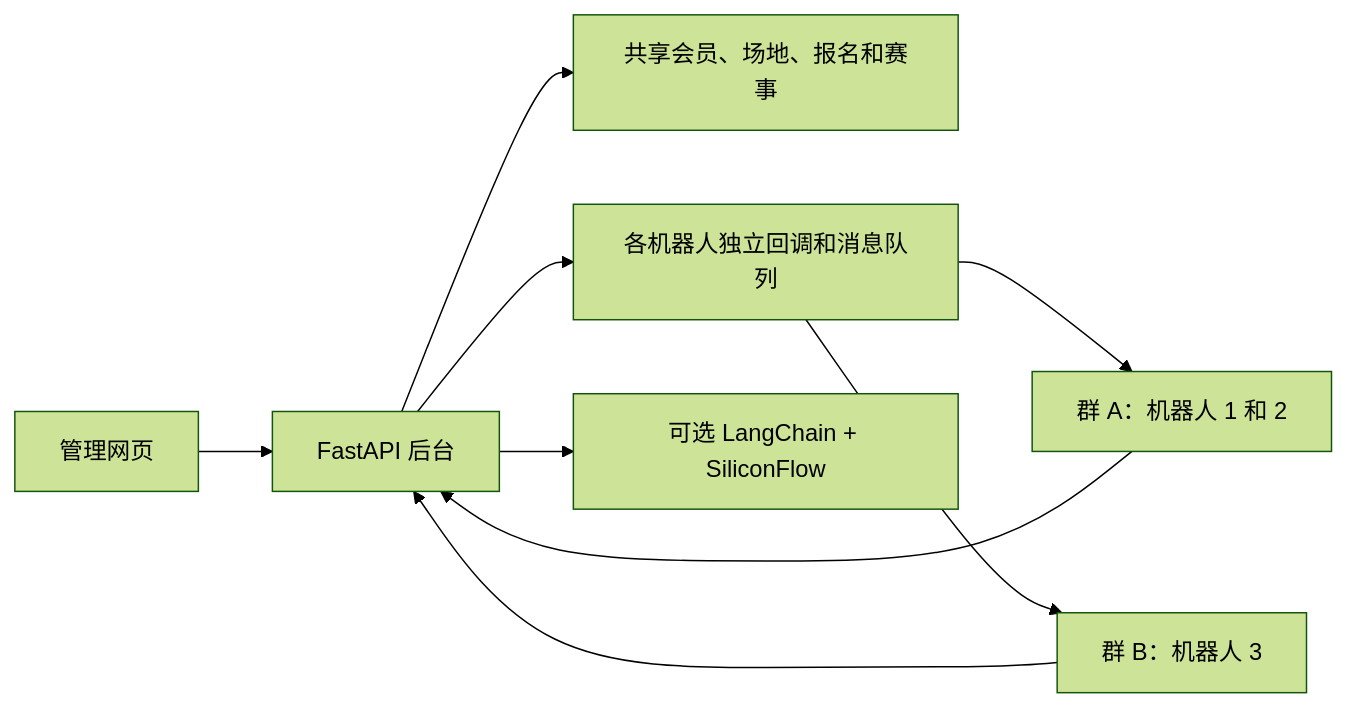
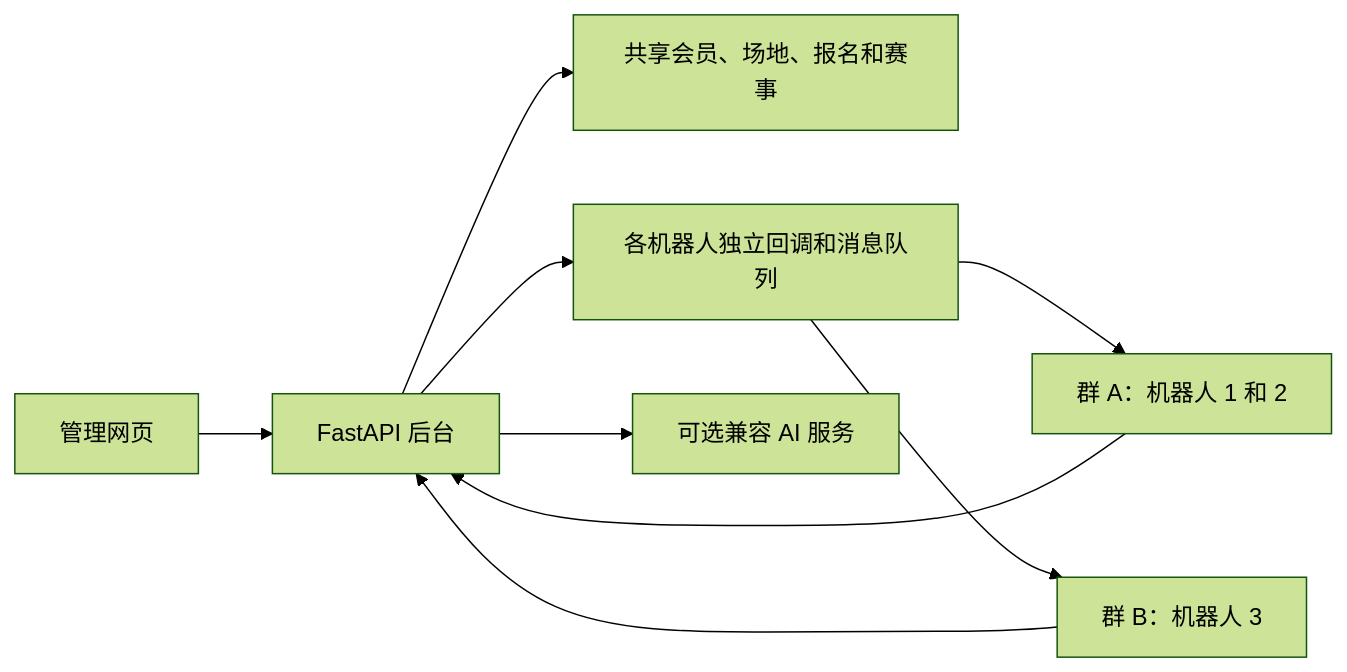
Before and after one commit to li-bruce/RobotReport: the diagram in README.zh-CN.md, drawn with Mermaid (forest theme). The commit also changed other lines of this file and 38 other files, not shown here.

````diff
--- a/README.zh-CN.md
+++ b/README.zh-CN.md
@@ -54,11 +57,11 @@
 ```mermaid
 flowchart LR
     UI[管理网页] --> API[FastAPI 后台]
     G1[群 A：机器人 1 和 2] --> API
     G2[群 B：机器人 3] --> API
     API --> B[共享会员、场地、报名和赛事]
     API --> T[各机器人独立回调和消息队列]
-    API --> AI[可选 LangChain + SiliconFlow]
+    API --> AI[可选兼容 AI 服务]
     T --> G1
     T --> G2
 ```
````
